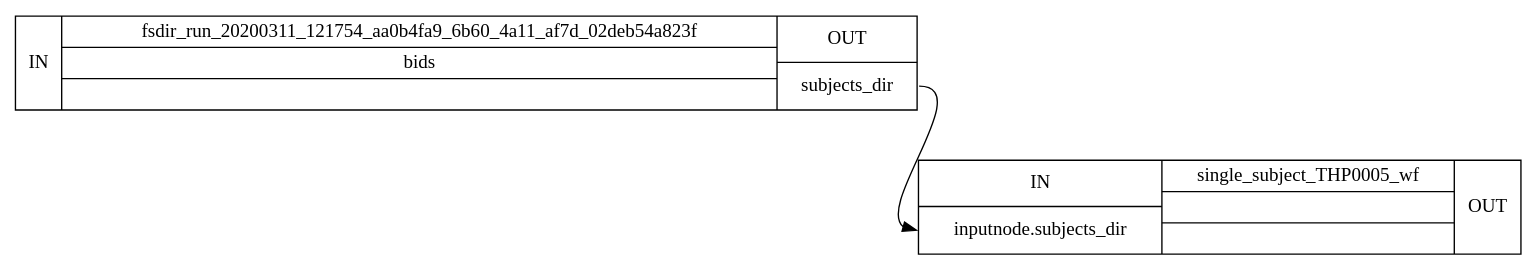
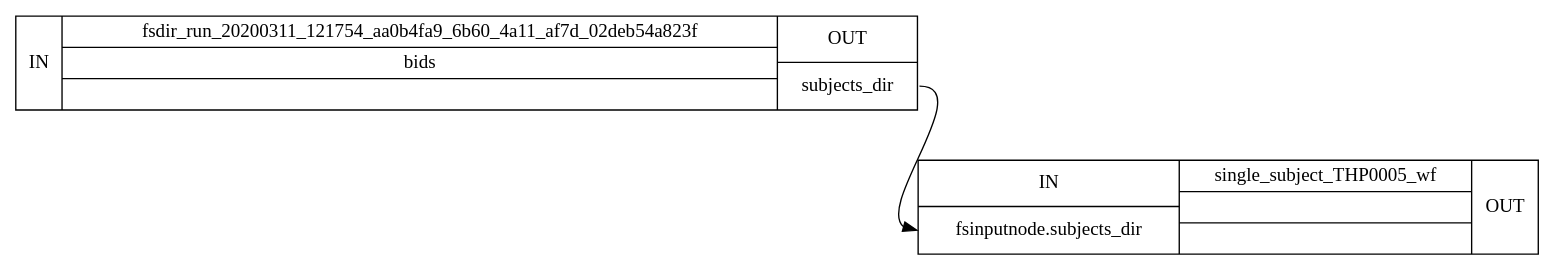
One commit to nipreps/dmriprep changed the diagram in 0.2.2/wf_directive/api/dmriprep_wf/dmriprep-workflows-base-1_detailed.dot. Above: the diagram before and after it, drawn with Graphviz. The commit also changed 435 other files, not shown here.

```diff
--- a/0.2.2/wf_directive/api/dmriprep_wf/dmriprep-workflows-base-1_detailed.dot
+++ b/0.2.2/wf_directive/api/dmriprep_wf/dmriprep-workflows-base-1_detailed.dot
@@ -1,6 +1,6 @@
 digraph structs {
 node [shape=record];
 dmriprep_wffsdir_run_20200311_121754_aa0b4fa9_6b60_4a11_af7d_02deb54a823f [label="{IN}|{ fsdir_run_20200311_121754_aa0b4fa9_6b60_4a11_af7d_02deb54a823f | bids |  }|{OUT|<outsubjectsdir> subjects_dir}"];
-dmriprep_wfsingle_subject_THP0005_wf [label="{IN|<ininputnodesubjectsdir> inputnode.subjects_dir}|{ single_subject_THP0005_wf |  |  }|{OUT}"];
-dmriprep_wffsdir_run_20200311_121754_aa0b4fa9_6b60_4a11_af7d_02deb54a823f:outsubjectsdir:e -> dmriprep_wfsingle_subject_THP0005_wf:ininputnodesubjectsdir:w;
+dmriprep_wfsingle_subject_THP0005_wf [label="{IN|<infsinputnodesubjectsdir> fsinputnode.subjects_dir}|{ single_subject_THP0005_wf |  |  }|{OUT}"];
+dmriprep_wffsdir_run_20200311_121754_aa0b4fa9_6b60_4a11_af7d_02deb54a823f:outsubjectsdir:e -> dmriprep_wfsingle_subject_THP0005_wf:infsinputnodesubjectsdir:w;
 }
```
